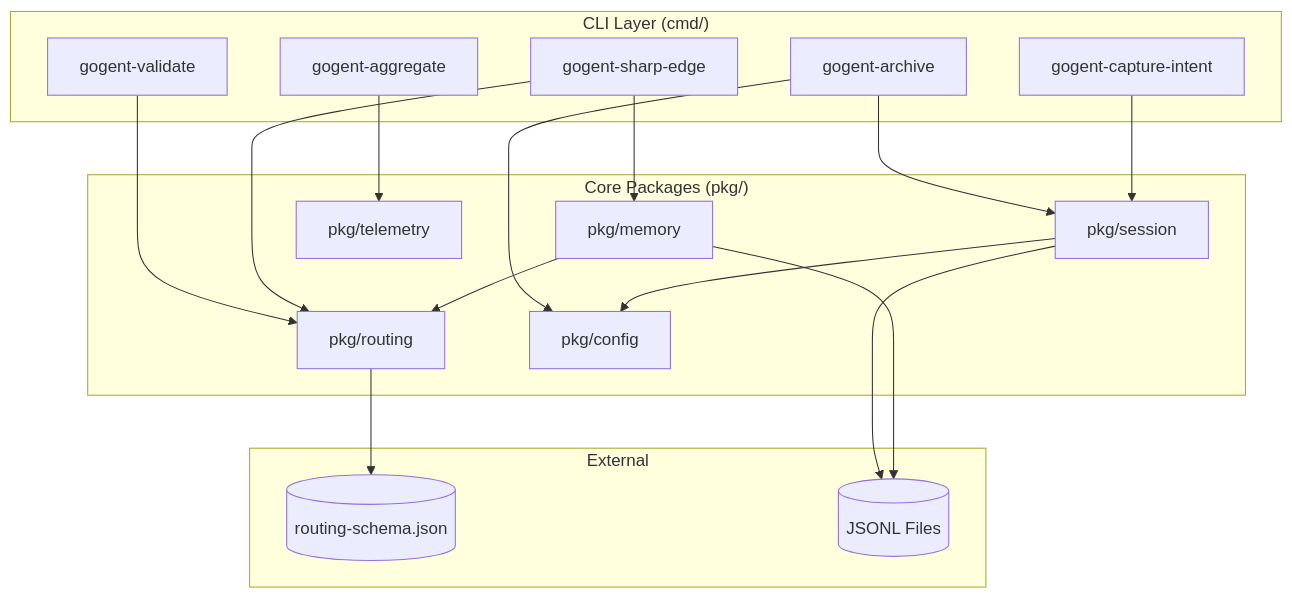
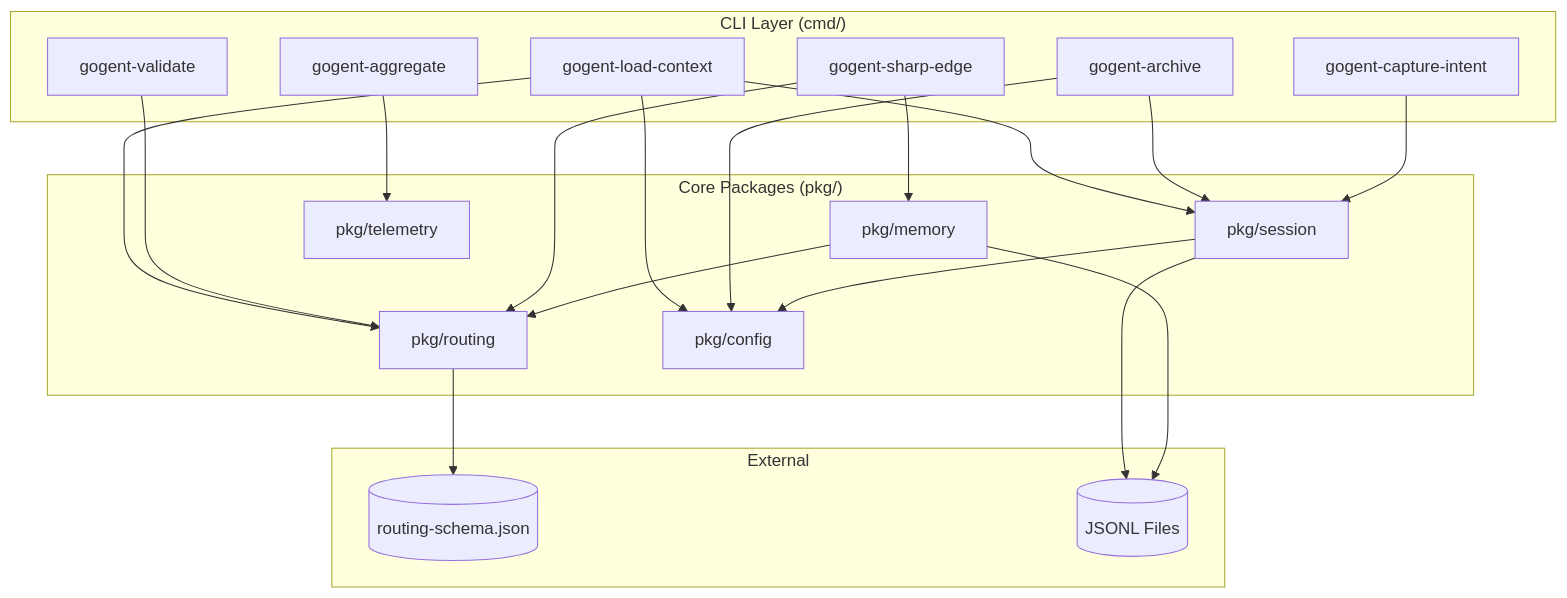
The second of 6 diagrams in docs/systems-architecture-overview.md (Bucket-Chemist/goYoke), drawn with Mermaid before and after one commit. The commit also changed other lines of this file and 1 other file, not shown here.

First line of the commit message:
docs: GOgent-065 - Documentation Update

````diff
--- a/docs/systems-architecture-overview.md
+++ b/docs/systems-architecture-overview.md
@@ -77,37 +77,41 @@
 ```mermaid
 graph TD
     subgraph "CLI Layer (cmd/)"
+        loadcontext[gogent-load-context]
         validate[gogent-validate]
         archive[gogent-archive]
         sharpedge[gogent-sharp-edge]
         intent[gogent-capture-intent]
         aggregate[gogent-aggregate]
     end
 
     subgraph "Core Packages (pkg/)"
         routing[pkg/routing]
         session[pkg/session]
         memory[pkg/memory]
         telemetry[pkg/telemetry]
         config[pkg/config]
     end
 
     subgraph "External"
         schema[(routing-schema.json)]
         jsonl[(JSONL Files)]
     end
 
+    loadcontext --> session
+    loadcontext --> routing
+    loadcontext --> config
     validate --> routing
     archive --> session
     archive --> config
     sharpedge --> memory
     sharpedge --> routing
     intent --> session
     aggregate --> telemetry
 
     session --> config
     memory --> routing
     routing --> schema
     session --> jsonl
     memory --> jsonl
 ```
````
